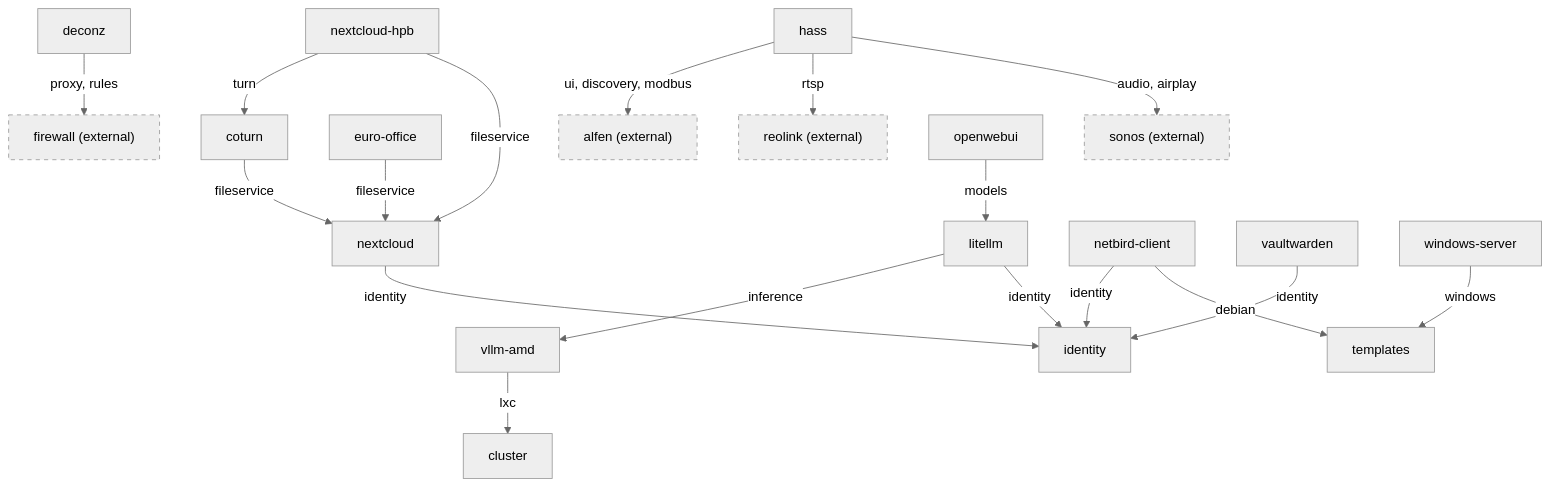
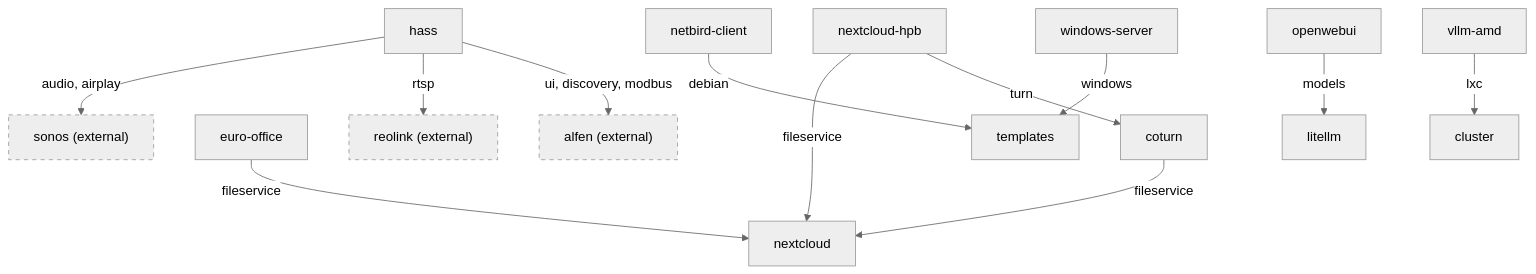
One commit to TAPPaaS/TAPPaaS changed the diagram in src/module-dependencies.md. Above: the diagram before and after it, drawn with Mermaid (neutral theme). The commit also changed other lines of this file and 15 other files, not shown here.

````diff
--- a/src/module-dependencies.md
+++ b/src/module-dependencies.md
@@ -30,25 +31,18 @@
 ```mermaid
 graph TD
     coturn -->|"fileservice"| nextcloud
-    deconz -->|"proxy, rules"| firewall
     euro-office -->|"fileservice"| nextcloud
     hass -->|"audio, airplay"| sonos
     hass -->|"rtsp"| reolink
     hass -->|"ui, discovery, modbus"| alfen
-    litellm -->|"identity"| identity
-    litellm -->|"inference"| vllm-amd
     netbird-client -->|"debian"| templates
-    netbird-client -->|"identity"| identity
-    nextcloud -->|"identity"| identity
     nextcloud-hpb -->|"fileservice"| nextcloud
     nextcloud-hpb -->|"turn"| coturn
     openwebui -->|"models"| litellm
-    vaultwarden -->|"identity"| identity
     vllm-amd -->|"lxc"| cluster
     windows-server -->|"windows"| templates
     alfen["alfen (external)"]:::ext
     classDef ext stroke-dasharray: 5 5
-    firewall["firewall (external)"]:::ext
     reolink["reolink (external)"]:::ext
     sonos["sonos (external)"]:::ext
 ```
````
